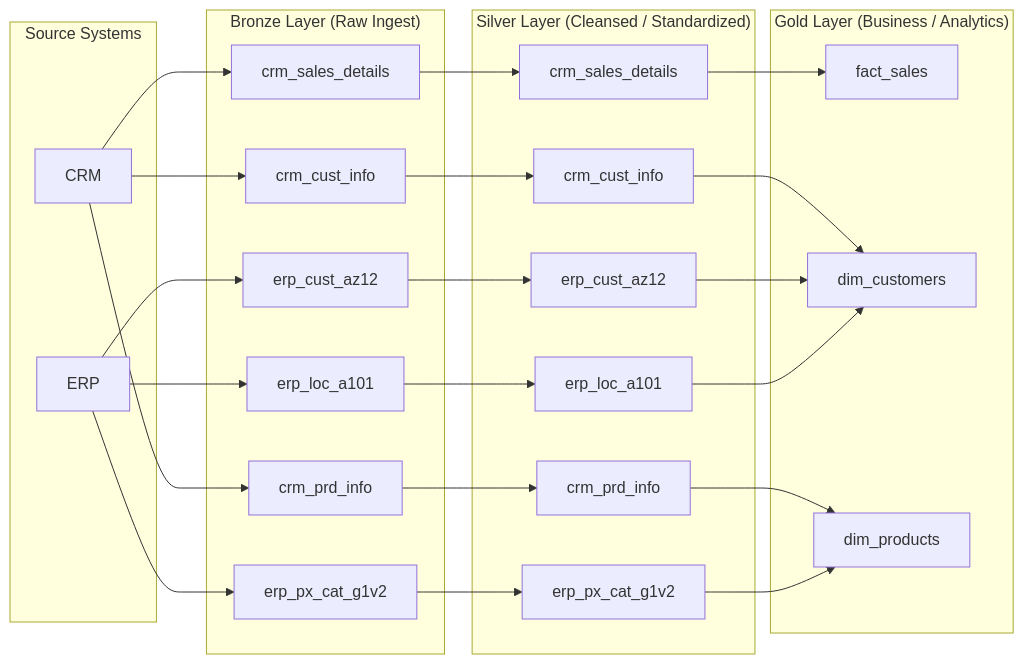
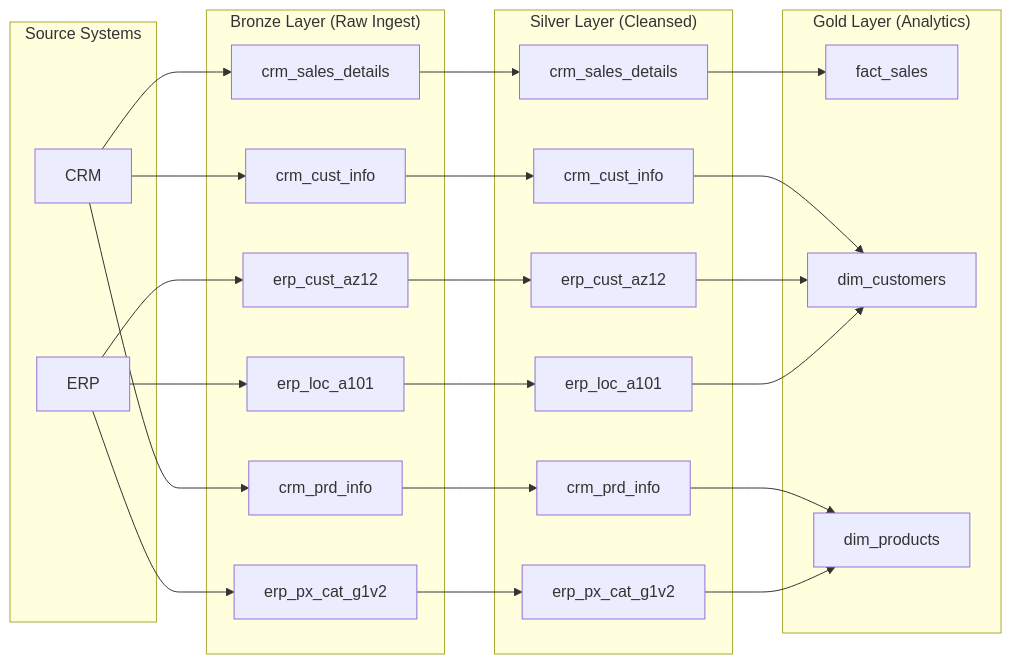
Before and after one commit to abdulbari80/SQL-Projects: the diagram in README.md, drawn with Mermaid. The commit also changed other lines of this file, not shown here.

First line of the commit message:
Revise Silver and Gold layer descriptions in README

````diff
--- a/README.md
+++ b/README.md
@@ -2,64 +2,64 @@
 ```mermaid
 flowchart LR
     %% ===== Sources =====
     subgraph SRC["Source Systems"]
         CRM["CRM"]
         ERP["ERP"]
     end
 
     %% ===== Bronze Layer =====
     subgraph BRZ["Bronze Layer (Raw Ingest)"]
         B_CRM_SALES["crm_sales_details"]
         B_CRM_CUST["crm_cust_info"]
         B_CRM_PRD["crm_prd_info"]
 
         B_ERP_CUST["erp_cust_az12"]
         B_ERP_LOC["erp_loc_a101"]
         B_ERP_PX["erp_px_cat_g1v2"]
     end
 
     %% ===== Silver Layer =====
-    subgraph SLV["Silver Layer (Cleansed / Standardized)"]
+    subgraph SLV["Silver Layer (Cleansed)"]
         S_CRM_SALES["crm_sales_details"]
         S_CRM_CUST["crm_cust_info"]
         S_CRM_PRD["crm_prd_info"]
 
         S_ERP_CUST["erp_cust_az12"]
         S_ERP_LOC["erp_loc_a101"]
         S_ERP_PX["erp_px_cat_g1v2"]
     end
 
     %% ===== Gold Layer =====
-    subgraph GLD["Gold Layer (Business / Analytics)"]
+    subgraph GLD["Gold Layer (Analytics)"]
         FACT_SALES["fact_sales"]
         DIM_CUSTOMERS["dim_customers"]
         DIM_PRODUCTS["dim_products"]
     end
 
     %% ===== Source to Bronze =====
     CRM --> B_CRM_SALES
     CRM --> B_CRM_CUST
     CRM --> B_CRM_PRD
 
     ERP --> B_ERP_CUST
     ERP --> B_ERP_LOC
     ERP --> B_ERP_PX
 
     %% ===== Bronze to Silver =====
     B_CRM_SALES --> S_CRM_SALES
     B_CRM_CUST --> S_CRM_CUST
     B_CRM_PRD --> S_CRM_PRD
 
     B_ERP_CUST --> S_ERP_CUST
     B_ERP_LOC --> S_ERP_LOC
     B_ERP_PX --> S_ERP_PX
 
     %% ===== Silver to Gold =====
     S_CRM_SALES --> FACT_SALES
     S_CRM_PRD --> DIM_PRODUCTS
     S_ERP_PX --> DIM_PRODUCTS
 
     S_CRM_CUST --> DIM_CUSTOMERS
     S_ERP_CUST --> DIM_CUSTOMERS
     S_ERP_LOC --> DIM_CUSTOMERS
 ```
````
